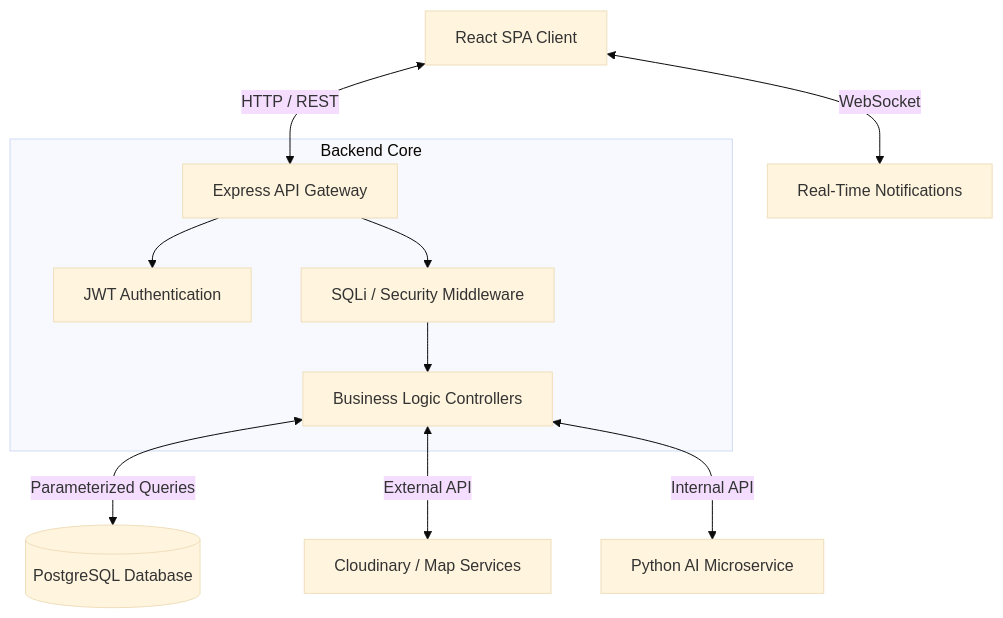
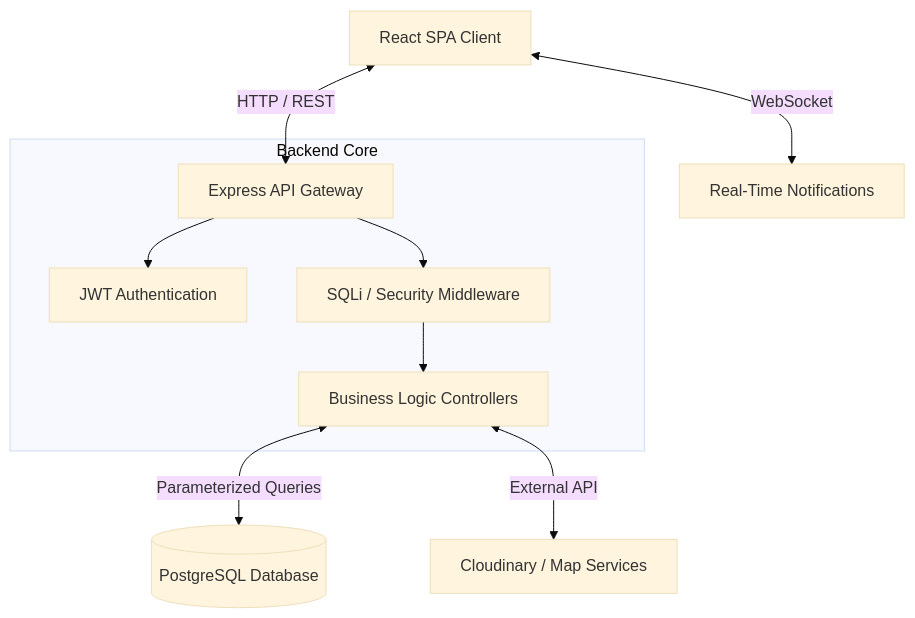
Before and after one commit to laila2005/Mewoo: the diagram in README.md, drawn with Mermaid (base theme). The commit also changed other lines of this file, not shown here.

````diff
--- a/README.md
+++ b/README.md
@@ -71,15 +74,14 @@
 ```mermaid
 graph TD
     Client[React SPA Client] <-->|HTTP / REST| API[Express API Gateway]
     Client <-->|WebSocket| Socket[Real-Time Notifications]
     
     subgraph Backend Core
         API --> Auth[JWT Authentication]
         API --> Sec[SQLi / Security Middleware]
         Sec --> Controllers[Business Logic Controllers]
     end
     
     Controllers <--> |Parameterized Queries| DB[(PostgreSQL Database)]
     Controllers <--> |External API| Cloud[Cloudinary / Map Services]
-    Controllers <--> |Internal API| AI[Python AI Microservice]
 ```
````
